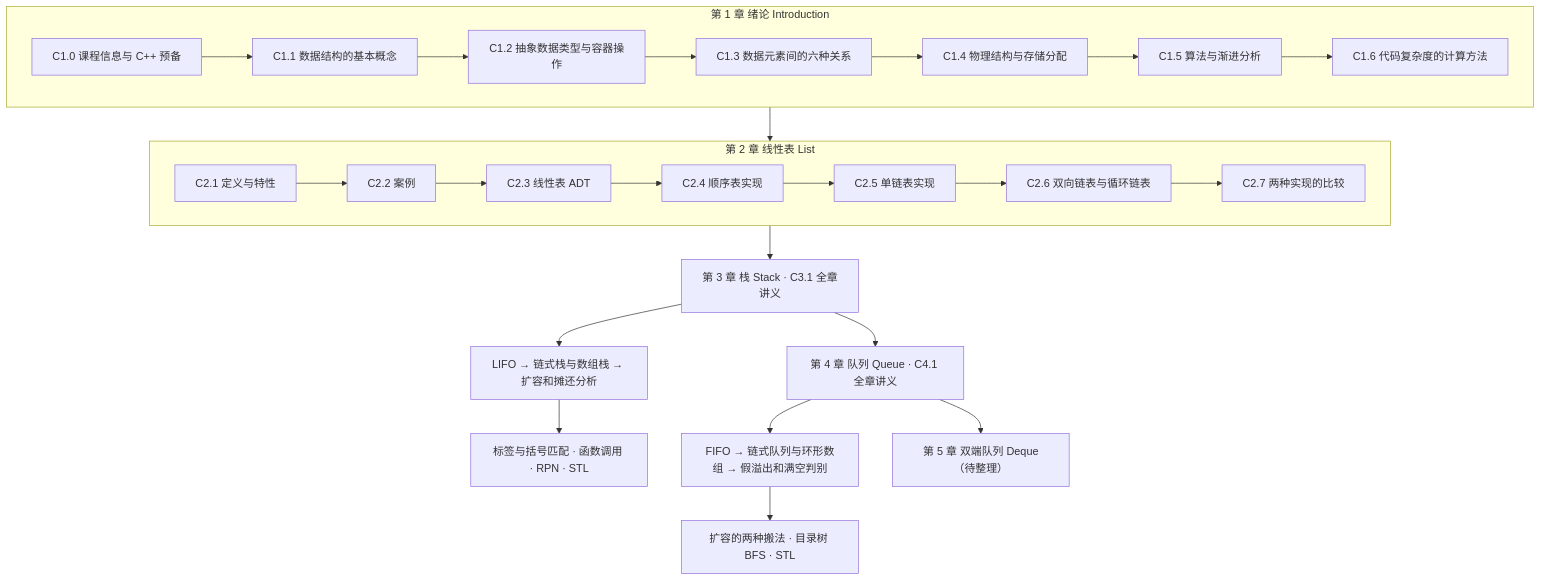
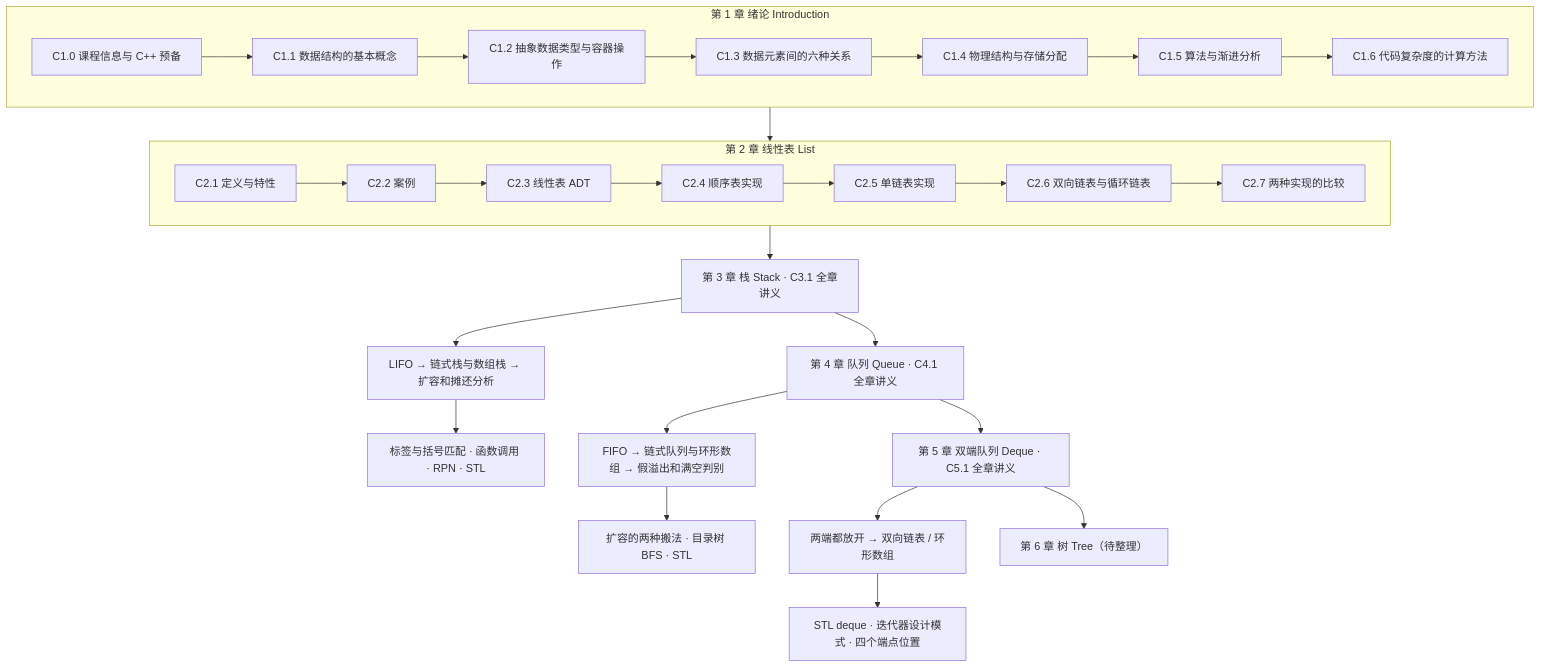
Before and after one commit to KayeAdams515/ClaudeNotes: the diagram in 数据结构/数据结构 MOC.md, drawn with Mermaid. The commit also changed other lines of this file and 6 other files, not shown here.

````diff
--- a/数据结构/数据结构 MOC.md
+++ b/数据结构/数据结构 MOC.md
@@ -26,31 +26,34 @@
 ```mermaid
 flowchart TB
   subgraph CH1["第 1 章 绪论 Introduction"]
     A0["C1.0 课程信息与 C++ 预备"]
     A1["C1.1 数据结构的基本概念"]
     A2["C1.2 抽象数据类型与容器操作"]
     A3["C1.3 数据元素间的六种关系"]
     A4["C1.4 物理结构与存储分配"]
     A5["C1.5 算法与渐进分析"]
     A6["C1.6 代码复杂度的计算方法"]
     A0-->A1-->A2-->A3-->A4-->A5-->A6
   end
   subgraph CH2["第 2 章 线性表 List"]
     B1["C2.1 定义与特性"]
     B2["C2.2 案例"]
     B3["C2.3 线性表 ADT"]
     B4["C2.4 顺序表实现"]
     B5["C2.5 单链表实现"]
     B6["C2.6 双向链表与循环链表"]
     B7["C2.7 两种实现的比较"]
     B1-->B2-->B3-->B4-->B5-->B6-->B7
   end
   CH1 --> CH2
   CH2 --> CH3["第 3 章 栈 Stack · C3.1 全章讲义"]
   CH3 --> S1["LIFO → 链式栈与数组栈 → 扩容和摊还分析"]
   S1 --> S2["标签与括号匹配 · 函数调用 · RPN · STL"]
   CH3 --> CH4["第 4 章 队列 Queue · C4.1 全章讲义"]
   CH4 --> Q1["FIFO → 链式队列与环形数组 → 假溢出和满空判别"]
   Q1 --> Q2["扩容的两种搬法 · 目录树 BFS · STL"]
-  CH4 --> CH5["第 5 章 双端队列 Deque（待整理）"]
+  CH4 --> CH5["第 5 章 双端队列 Deque · C5.1 全章讲义"]
+  CH5 --> D1["两端都放开 → 双向链表 / 环形数组"]
+  D1 --> D2["STL deque · 迭代器设计模式 · 四个端点位置"]
+  CH5 --> CH6["第 6 章 树 Tree（待整理）"]
 ```
````
